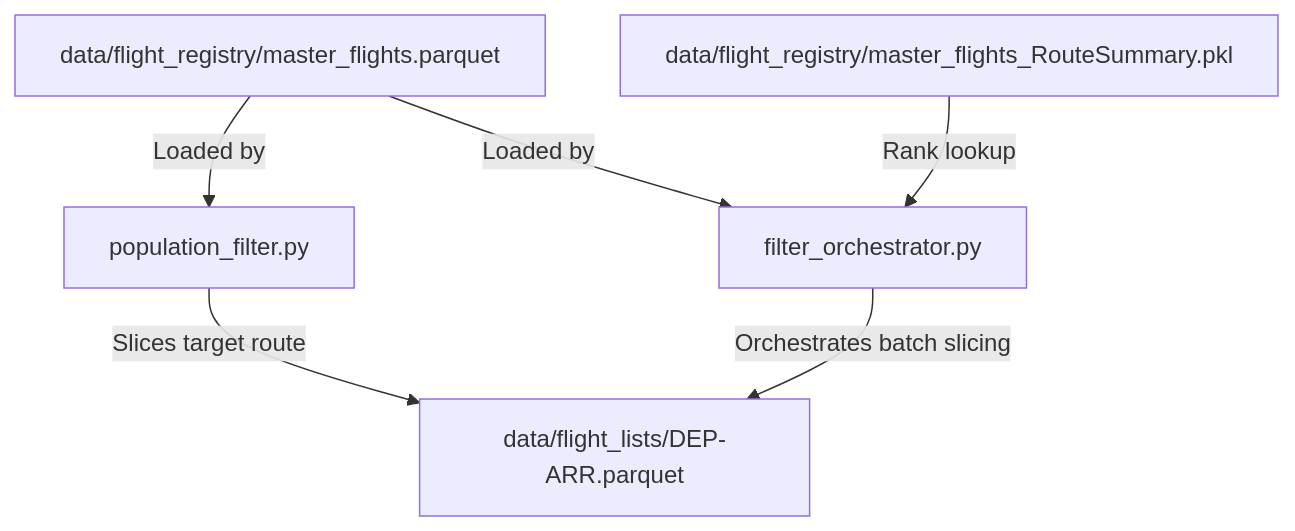
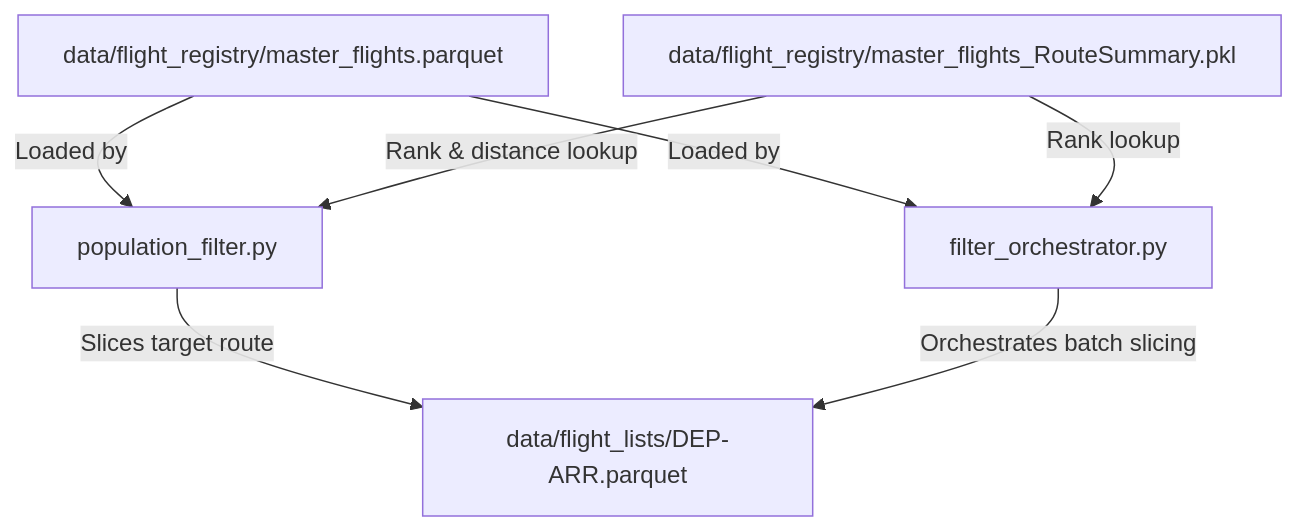
One commit to Bauzement123/flight-physics-pipeline changed the diagram in src/filtering/README.md. Above: the diagram before and after it, drawn with Mermaid. The commit also changed other lines of this file and 20 other files, not shown here.

````diff
--- a/src/filtering/README.md
+++ b/src/filtering/README.md
@@ -58,8 +60,9 @@
 ```mermaid
 graph TD
     A[data/flight_registry/master_flights.parquet] -->|Loaded by| B[population_filter.py]
     A -->|Loaded by| C[filter_orchestrator.py]
     D[data/flight_registry/master_flights_RouteSummary.pkl] -->|Rank lookup| C
+    D -->|Rank & distance lookup| B
     B -->|Slices target route| E[data/flight_lists/DEP-ARR.parquet]
     C -->|Orchestrates batch slicing| E
 ```
````
